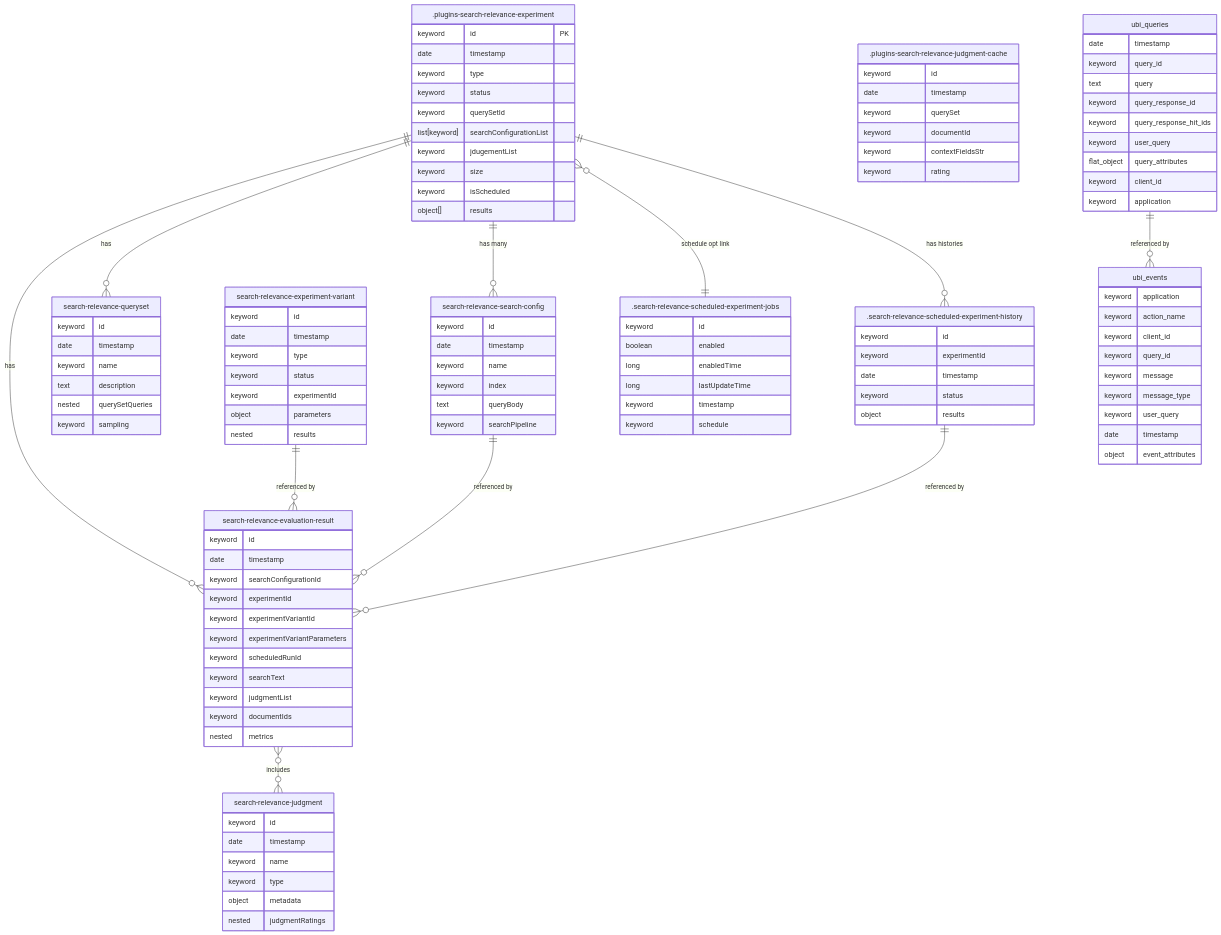
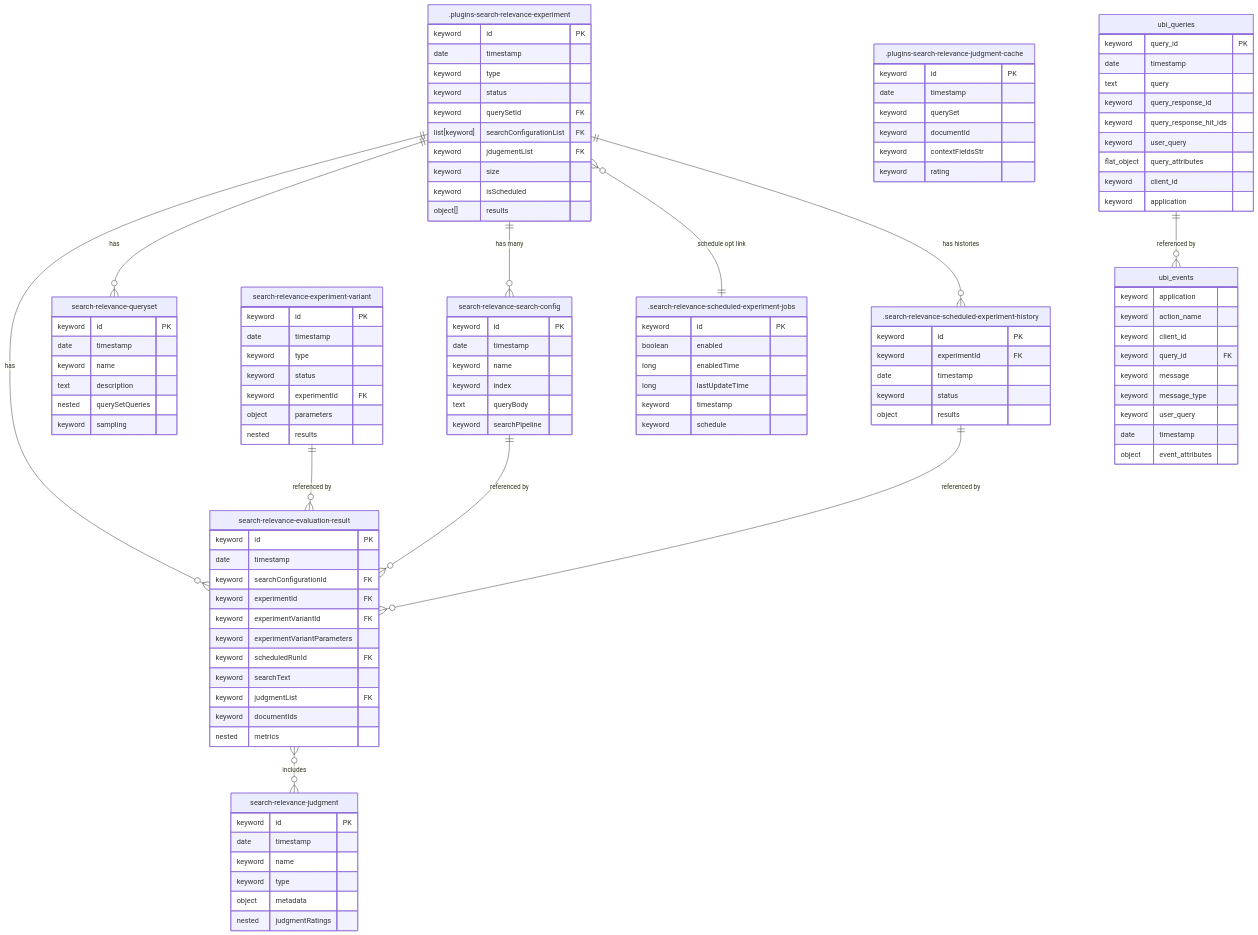
One commit to opensearch-project/search-relevance changed the first of 4 diagrams in DEVELOPER_GUIDE.md. Above: the diagram before and after it, drawn with Mermaid.

Commit message:
add PK/FK

```diff
--- a/DEVELOPER_GUIDE.md
+++ b/DEVELOPER_GUIDE.md
@@ -319,28 +319,28 @@
         date timestamp
         keyword type
         keyword status
-        keyword querySetId
-        list[keyword] searchConfigurationList
-        keyword jdugementList
+        keyword querySetId FK
+        list[keyword] searchConfigurationList FK
+        keyword jdugementList FK
         keyword size
         keyword isScheduled
         object[] results
     }
     search-relevance-evaluation-result {
-        keyword id
+        keyword id PK
         date timestamp
-        keyword searchConfigurationId
-        keyword experimentId
-        keyword experimentVariantId
+        keyword searchConfigurationId FK
+        keyword experimentId FK
+        keyword experimentVariantId FK
         keyword experimentVariantParameters
-        keyword scheduledRunId
+        keyword scheduledRunId FK
         keyword searchText
-        keyword judgmentList
+        keyword judgmentList FK
         keyword documentIds
         nested metrics        
     }
     search-relevance-judgment {
-      keyword id
+      keyword id PK
       date timestamp
       keyword name
       keyword type
@@ -348,7 +348,7 @@
       nested judgmentRatings
     }
     ".plugins-search-relevance-judgment-cache" {
-      keyword id
+      keyword id PK
       date timestamp
       keyword querySet
       keyword documentId
@@ -356,7 +356,7 @@
       keyword rating
     }
     search-relevance-search-config {
-      keyword id
+      keyword id PK
       date timestamp
       keyword name
       keyword index
@@ -364,7 +364,7 @@
       keyword searchPipeline
     }
     search-relevance-queryset {
-      keyword id
+      keyword id PK
       date timestamp
       keyword name
       text description
@@ -372,16 +372,16 @@
       keyword sampling
     }
     search-relevance-experiment-variant {
-      keyword id
+      keyword id PK
       date timestamp
       keyword type
       keyword status
-      keyword experimentId
+      keyword experimentId FK
       object parameters
       nested results
     }
     ".search-relevance-scheduled-experiment-jobs" {
-      keyword id
+      keyword id PK
       boolean enabled
       long enabledTime
       long lastUpdateTime
@@ -389,8 +389,8 @@
       keyword schedule
     }
     ".search-relevance-scheduled-experiment-history" {
-      keyword id
-      keyword experimentId
+      keyword id PK
+      keyword experimentId FK
       date timestamp
       keyword status
       object results
@@ -399,7 +399,7 @@
       keyword application
       keyword action_name
       keyword client_id
-      keyword query_id
+      keyword query_id FK
       keyword message
       keyword message_type
       keyword user_query
@@ -407,8 +407,8 @@
       object event_attributes
     }
     ubi_queries {
+      keyword query_id PK
       date timestamp
-      keyword query_id
       text query
       keyword query_response_id
       keyword query_response_hit_ids
```
